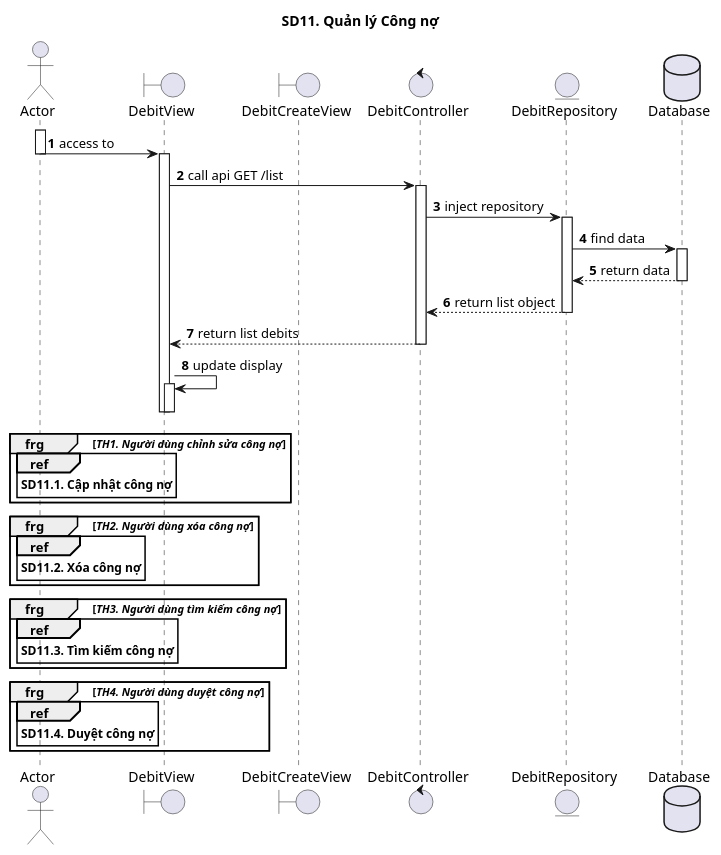
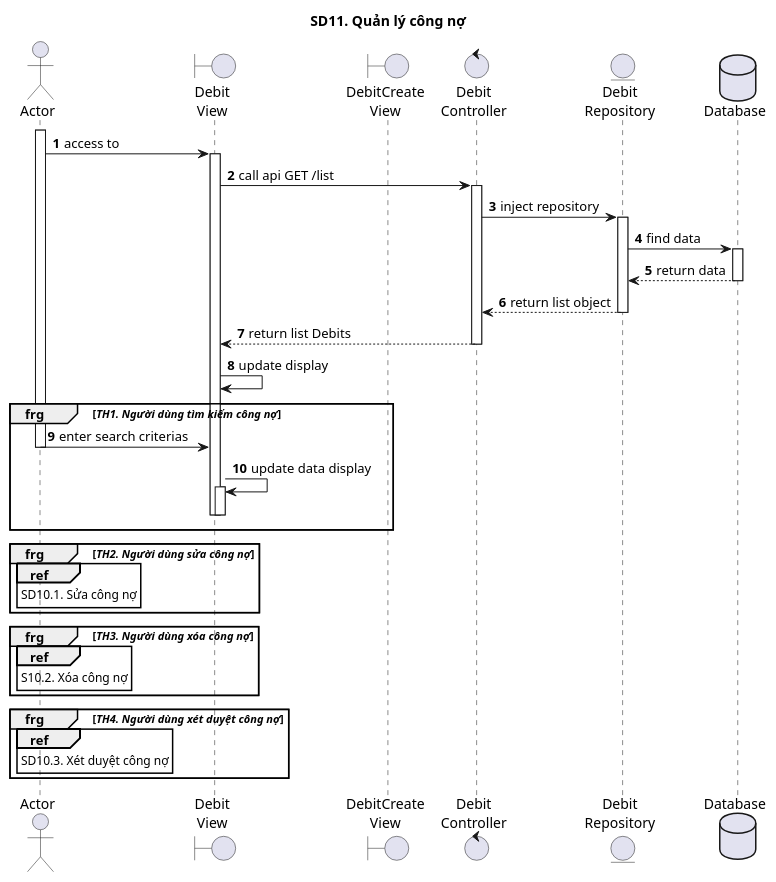
One commit to ITZ-Developers/Finance-UML changed the diagram in 11_QuanLyCongNo/sd11.puml. Above: the diagram before and after it, drawn with PlantUML. The commit also changed 10 other files, not shown here.

```diff
--- a/11_QuanLyCongNo/sd11.puml
+++ b/11_QuanLyCongNo/sd11.puml
@@ -1,57 +1,49 @@
 @startuml SQ
 autonumber
-title SD11. Quản lý Công nợ
+title SD11. Quản lý công nợ
 actor "Actor" as actor
-boundary "DebitView" as view
-boundary "DebitCreateView" as createView
-control "DebitController" as controller
-entity "DebitRepository" as model
+boundary "Debit\nView" as view
+boundary "DebitCreate\nView" as createView
+control "Debit\nController" as controller
+entity "Debit\nRepository" as model
 database "Database" as database
-
 activate actor
 actor -> view : access to
-deactivate actor
 activate view
 view -> controller : call api GET /list
 activate controller
 controller -> model : inject repository
 activate model
 model -> database : find data
 activate database
 database --> model : return data
 deactivate database
 model --> controller : return list object
 deactivate model
-controller --> view : return list debits
+controller --> view : return list Debits
 deactivate controller
 view -> view: update display
+group frg [//TH1. Người dùng tìm kiếm công nợ//]
+actor -> view : enter search criterias
+deactivate actor
+view -> view: update data display
 activate view
 deactivate view
 deactivate view
-
-
-group frg [//TH1. Người dùng chỉnh sửa công nợ//]
+end
+group frg [//TH2. Người dùng sửa công nợ//]
 ref over actor
-**SD11.1. Cập nhật công nợ**
+SD10.1. Sửa công nợ
 end ref
 end
-
-group frg [//TH2. Người dùng xóa công nợ//]
+group frg [//TH3. Người dùng xóa công nợ//]
 ref over actor
-**SD11.2. Xóa công nợ**
+S10.2. Xóa công nợ
 end ref
 end
-
-group frg [//TH3. Người dùng tìm kiếm công nợ//]
+group frg [//TH4. Người dùng xét duyệt công nợ//]
 ref over actor
-**SD11.3. Tìm kiếm công nợ**
+SD10.3. Xét duyệt công nợ
 end ref
 end
-
-group frg [//TH4. Người dùng duyệt công nợ//]
-ref over actor
-**SD11.4. Duyệt công nợ**
-end ref
-end
-
 @enduml
```
